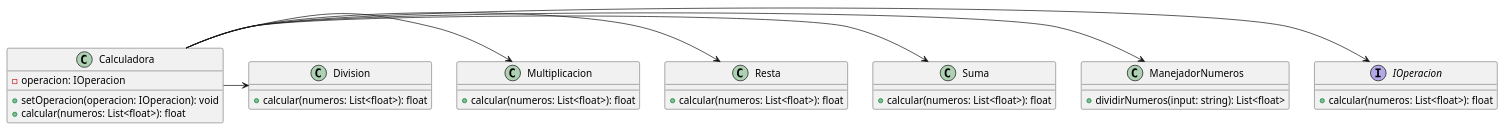
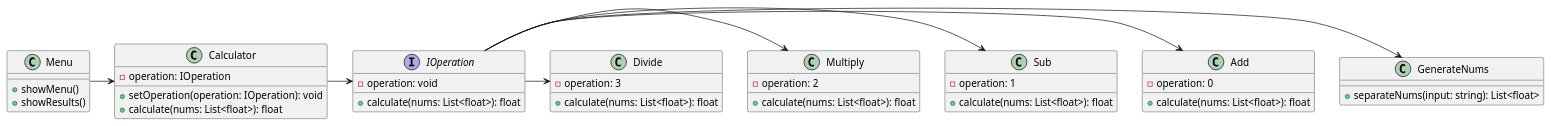
One commit to j0k3rD/Programacion-II changed the diagram in Clase-Calculadora/Calculadora_Limpia/docs/diagrama_clases.puml. Above: the diagram before and after it, drawn with PlantUML.

Commit message:
clean calculator diagram fixed

```diff
--- a/Clase-Calculadora/Calculadora_Limpia/docs/diagrama_clases.puml
+++ b/Clase-Calculadora/Calculadora_Limpia/docs/diagrama_clases.puml
@@ -1,39 +1,51 @@
 @startuml
-interface IOperacion {
-    + calcular(numeros: List<float>): float
+
+class Menu {
+    +showMenu()
+    +showResults()
 }
 
-class Suma {
-    + calcular(numeros: List<float>): float
+class Calculator {
+    - operation: IOperation
+
+    + setOperation(operation: IOperation): void
+    + calculate(nums: List<float>): float
 }
 
-class Resta {
-    + calcular(numeros: List<float>): float
+interface IOperation {
+    - operation: void
+    + calculate(nums: List<float>): float
 }
 
-class Multiplicacion {
-    + calcular(numeros: List<float>): float
+class Add {
+    - operation: 0
+    + calculate(nums: List<float>): float
 }
 
-class Division {
-    + calcular(numeros: List<float>): float
+class Sub {
+    - operation: 1
+    + calculate(nums: List<float>): float
 }
 
-class Calculadora {
-    - operacion: IOperacion
-
-    + setOperacion(operacion: IOperacion): void
-    + calcular(numeros: List<float>): float
+class Multiply {
+    - operation: 2
+    + calculate(nums: List<float>): float
 }
 
-class ManejadorNumeros {
-    + dividirNumeros(input: string): List<float>
+class Divide {
+    -operation: 3
+    + calculate(nums: List<float>): float
 }
 
-Calculadora -> IOperacion
-Calculadora -> ManejadorNumeros
-Calculadora -> Suma
-Calculadora -> Resta
-Calculadora -> Multiplicacion
-Calculadora -> Division
+class GenerateNums {
+    + separateNums(input: string): List<float>
+}
+
+Menu -> Calculator
+Calculator -> IOperation
+IOperation -> GenerateNums
+IOperation -> Add
+IOperation -> Sub
+IOperation -> Multiply
+IOperation -> Divide
 @enduml
```
